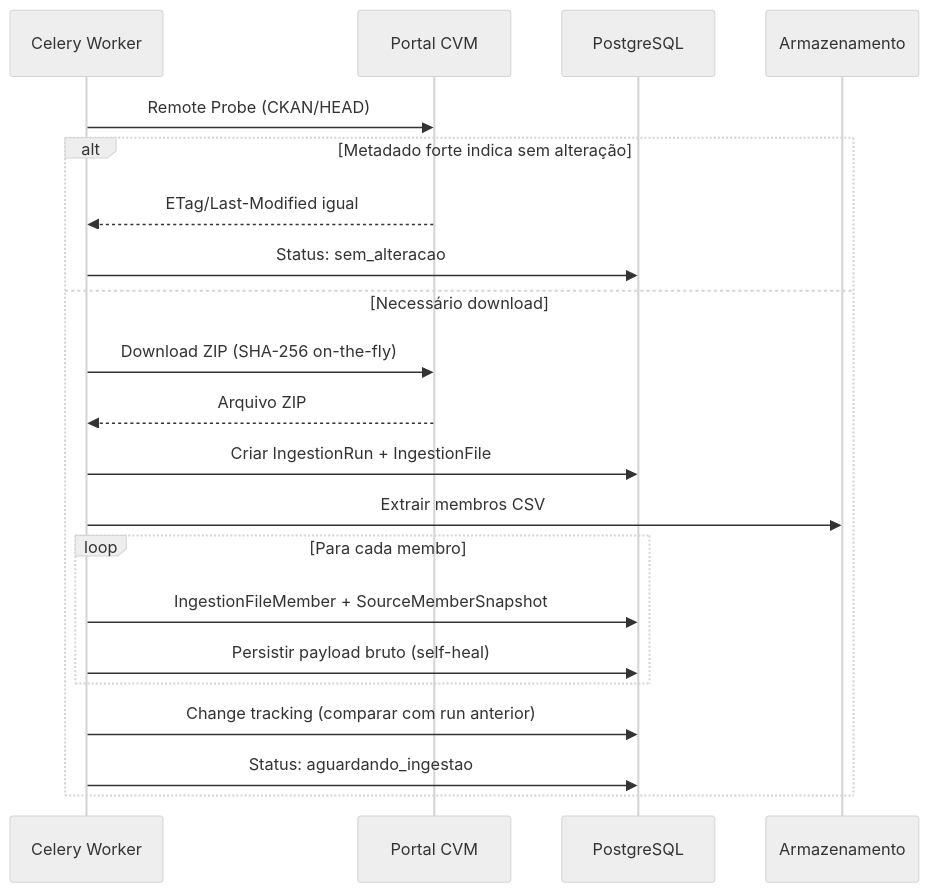
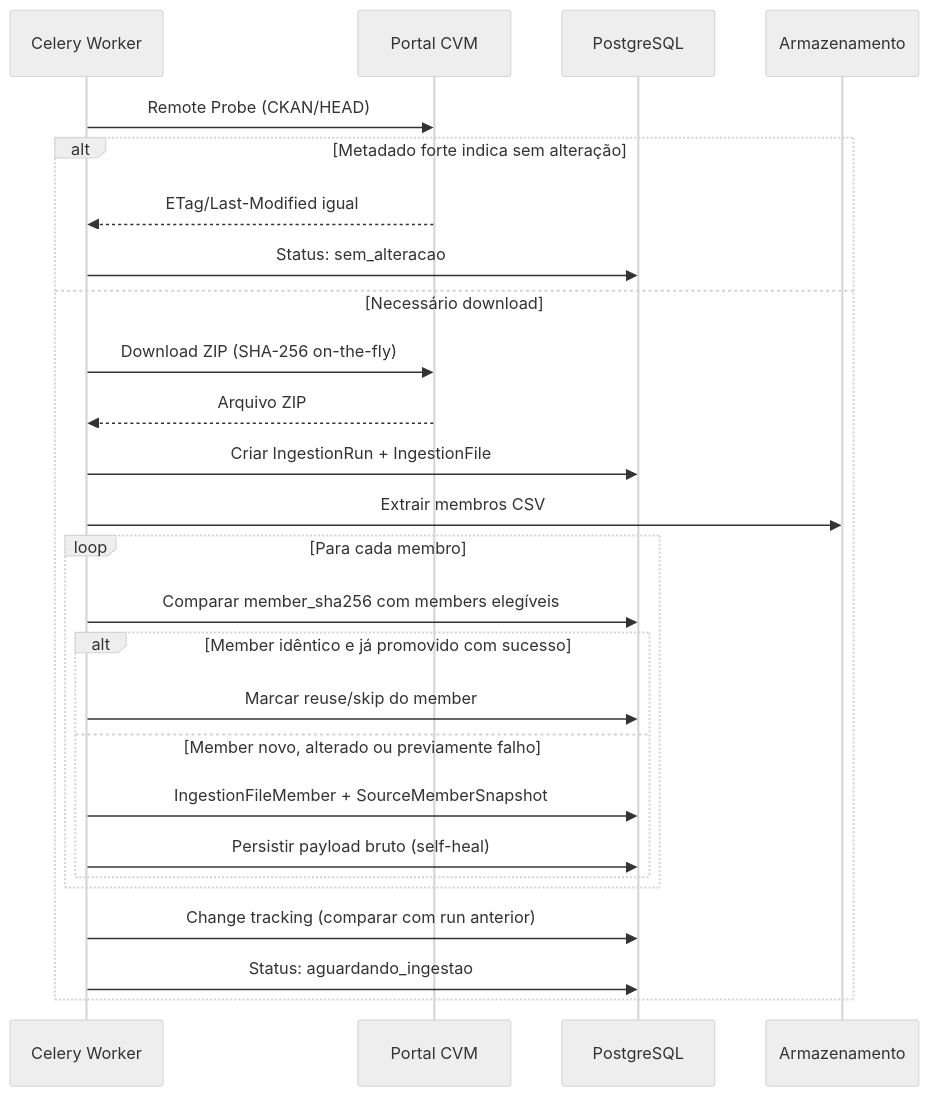
Before and after one commit to JoseLArantes/cvm.tucano: the second of 6 diagrams in docusaurus/docs/concepts/ingestion-pipeline.md, drawn with Mermaid (neutral theme). The commit also changed other lines of this file and 15 other files, not shown here.

````diff
--- a/docusaurus/docs/concepts/ingestion-pipeline.md
+++ b/docusaurus/docs/concepts/ingestion-pipeline.md
@@ -48,24 +53,29 @@
 ```mermaid
 sequenceDiagram
     participant Worker as Celery Worker
     participant CVM as Portal CVM
     participant DB as PostgreSQL
     participant Disk as Armazenamento
 
     Worker->>CVM: Remote Probe (CKAN/HEAD)
     alt Metadado forte indica sem alteração
         CVM-->>Worker: ETag/Last-Modified igual
         Worker->>DB: Status: sem_alteracao
     else Necessário download
         Worker->>CVM: Download ZIP (SHA-256 on-the-fly)
         CVM-->>Worker: Arquivo ZIP
         Worker->>DB: Criar IngestionRun + IngestionFile
         Worker->>Disk: Extrair membros CSV
         loop Para cada membro
-            Worker->>DB: IngestionFileMember + SourceMemberSnapshot
-            Worker->>DB: Persistir payload bruto (self-heal)
+            Worker->>DB: Comparar member_sha256 com members elegíveis
+            alt Member idêntico e já promovido com sucesso
+                Worker->>DB: Marcar reuse/skip do member
+            else Member novo, alterado ou previamente falho
+                Worker->>DB: IngestionFileMember + SourceMemberSnapshot
+                Worker->>DB: Persistir payload bruto (self-heal)
+            end
         end
         Worker->>DB: Change tracking (comparar com run anterior)
         Worker->>DB: Status: aguardando_ingestao
     end
 ```
````
